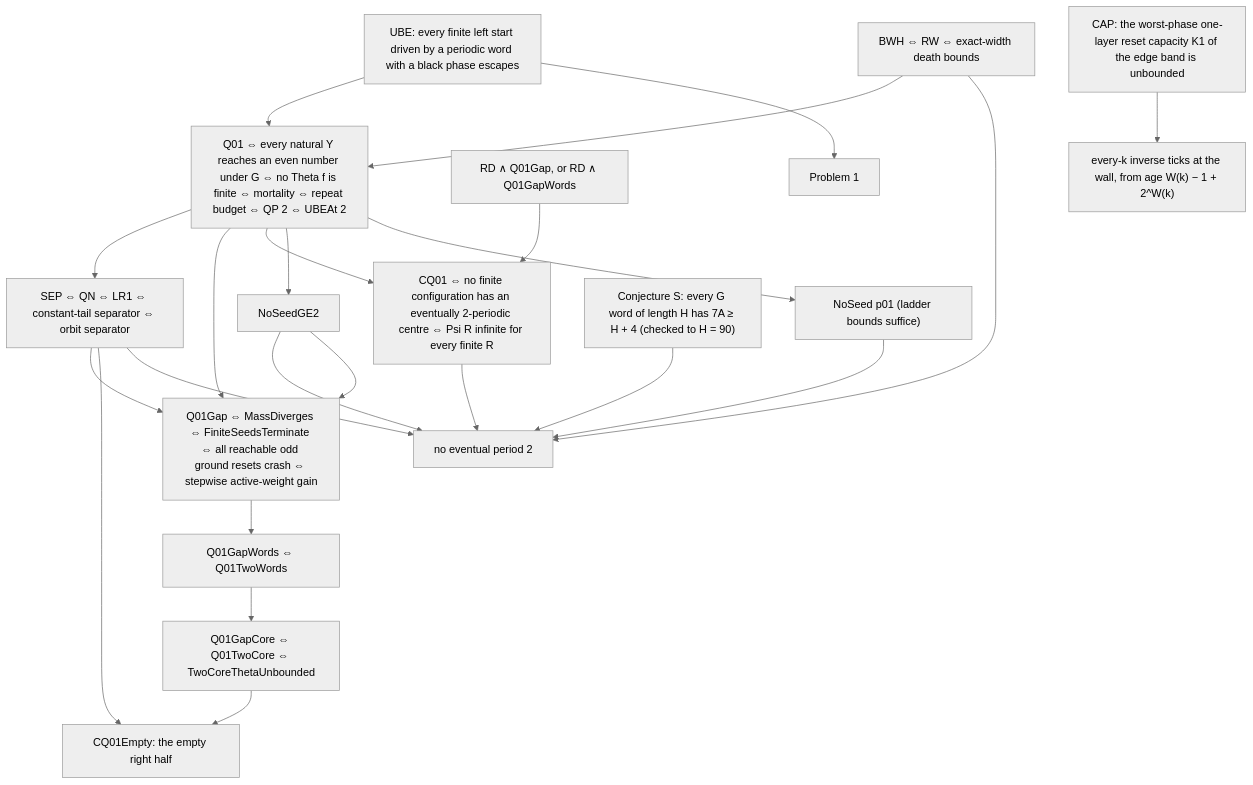
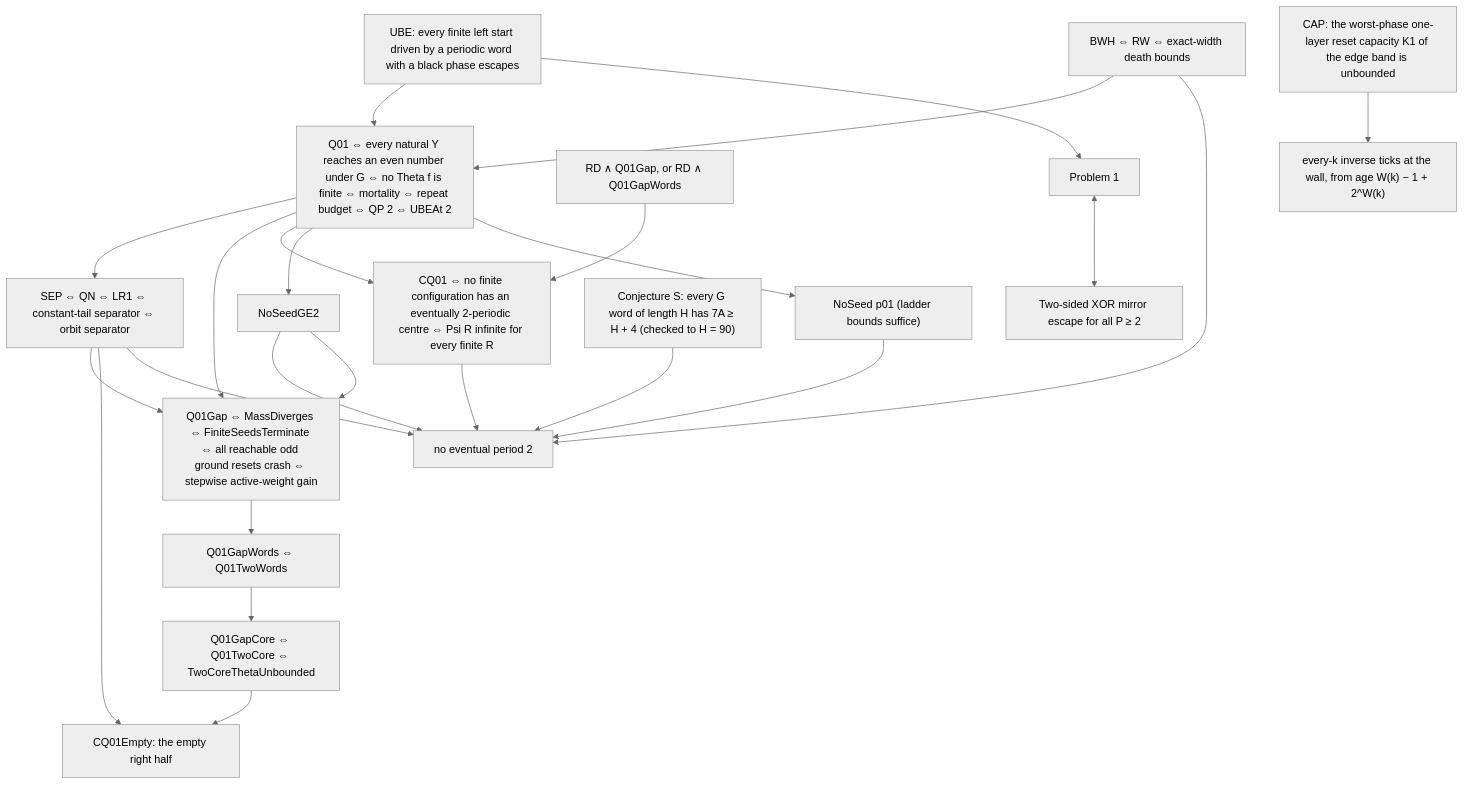
Before and after one commit to ghywel/rule30reset: the diagram in KIT.md, drawn with Mermaid (neutral theme). The commit also changed other lines of this file and 3 other files, not shown here.

````diff
--- a/KIT.md
+++ b/KIT.md
@@ -49,24 +49,25 @@
 ```mermaid
 graph TD
   UBE["UBE: every finite left start driven by a periodic word with a black phase escapes"] --> Q01
   BWH["BWH ⇔ RW ⇔ exact-width death bounds"] --> Q01
   Q01["Q01 ⇔ every natural Y reaches an even number under G ⇔ no Theta f is finite ⇔ mortality ⇔ repeat budget ⇔ QP 2 ⇔ UBEAt 2"]
   Q01 --> SEP["SEP ⇔ QN ⇔ LR1 ⇔ constant-tail separator ⇔ orbit separator"]
   Q01 --> Q01Gap["Q01Gap ⇔ MassDiverges ⇔ FiniteSeedsTerminate ⇔ all reachable odd ground resets crash ⇔ stepwise active-weight gain"]
   SEP --> Q01Gap
   Q01Gap --> Q01GW["Q01GapWords ⇔ Q01TwoWords"]
   Q01GW --> Q01GC["Q01GapCore ⇔ Q01TwoCore ⇔ TwoCoreThetaUnbounded"]
   Q01GC --> CQ01E["CQ01Empty: the empty right half"]
   SEP --> CQ01E
   Q01 --> CQ01["CQ01 ⇔ no finite configuration has an eventually 2-periodic centre ⇔ Psi R infinite for every finite R"]
   RDQ["RD ∧ Q01Gap, or RD ∧ Q01GapWords"] --> CQ01
   CQ01 --> NP2["no eventual period 2"]
   Q01 --> NSG["NoSeedGE2"] --> NP2
   NSG --> Q01Gap
   Q01 --> NS01["NoSeed p01 (ladder bounds suffice)"] --> NP2
   CS["Conjecture S: every G word of length H has 7A ≥ H + 4 (checked to H = 90)"] --> NP2
   SEP --> NP2
   BWH --> NP2
   UBE --> P1["Problem 1"]
+  P1 <--> MIR["Two-sided XOR mirror escape for all P ≥ 2"]
   CAP["CAP: the worst-phase one-layer reset capacity K1 of the edge band is unbounded"] --> EVK["every-k inverse ticks at the wall, from age W(k) − 1 + 2^W(k)"]
 ```
````
